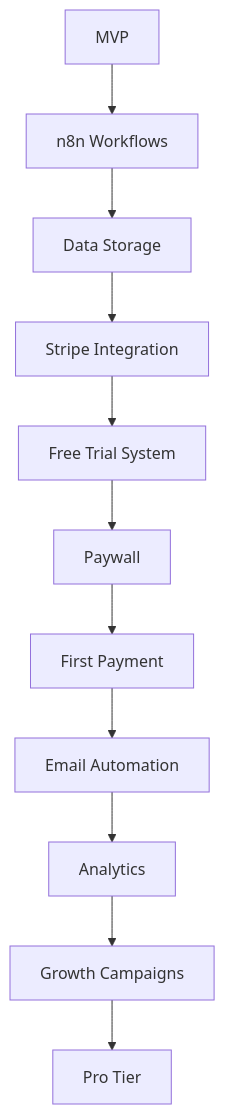
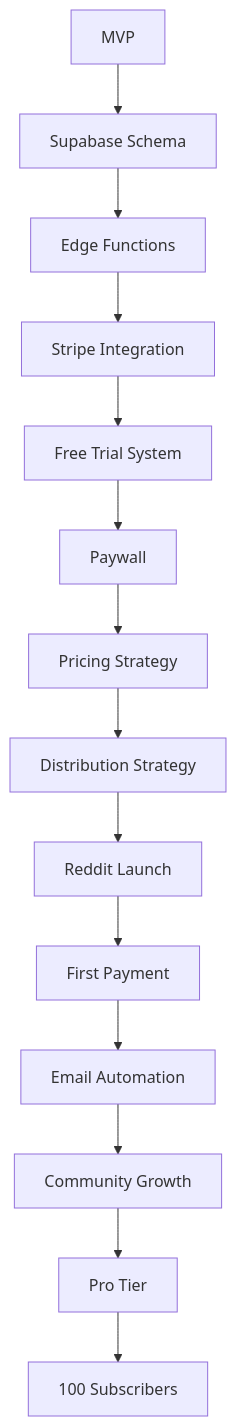
One commit to UMwai/um-biotech-catalyst-radar changed the diagram in specs/ROADMAP.md. Above: the diagram before and after it, drawn with Mermaid. The commit also changed other lines of this file and 2 other files, not shown here.

````diff
--- a/specs/ROADMAP.md
+++ b/specs/ROADMAP.md
@@ -205,13 +279,16 @@
 ```mermaid
 graph TD
-    A[MVP] --> B[n8n Workflows]
-    B --> C[Data Storage]
+    A[MVP] --> B[Supabase Schema]
+    B --> C[Edge Functions]
     C --> D[Stripe Integration]
     D --> E[Free Trial System]
     E --> F[Paywall]
-    F --> G[First Payment]
-    G --> H[Email Automation]
-    H --> I[Analytics]
-    I --> J[Growth Campaigns]
-    J --> K[Pro Tier]
+    F --> G[Pricing Strategy]
+    G --> H[Distribution Strategy]
+    H --> I[Reddit Launch]
+    I --> J[First Payment]
+    J --> K[Email Automation]
+    K --> L[Community Growth]
+    L --> M[Pro Tier]
+    M --> N[100 Subscribers]
 ```
````
